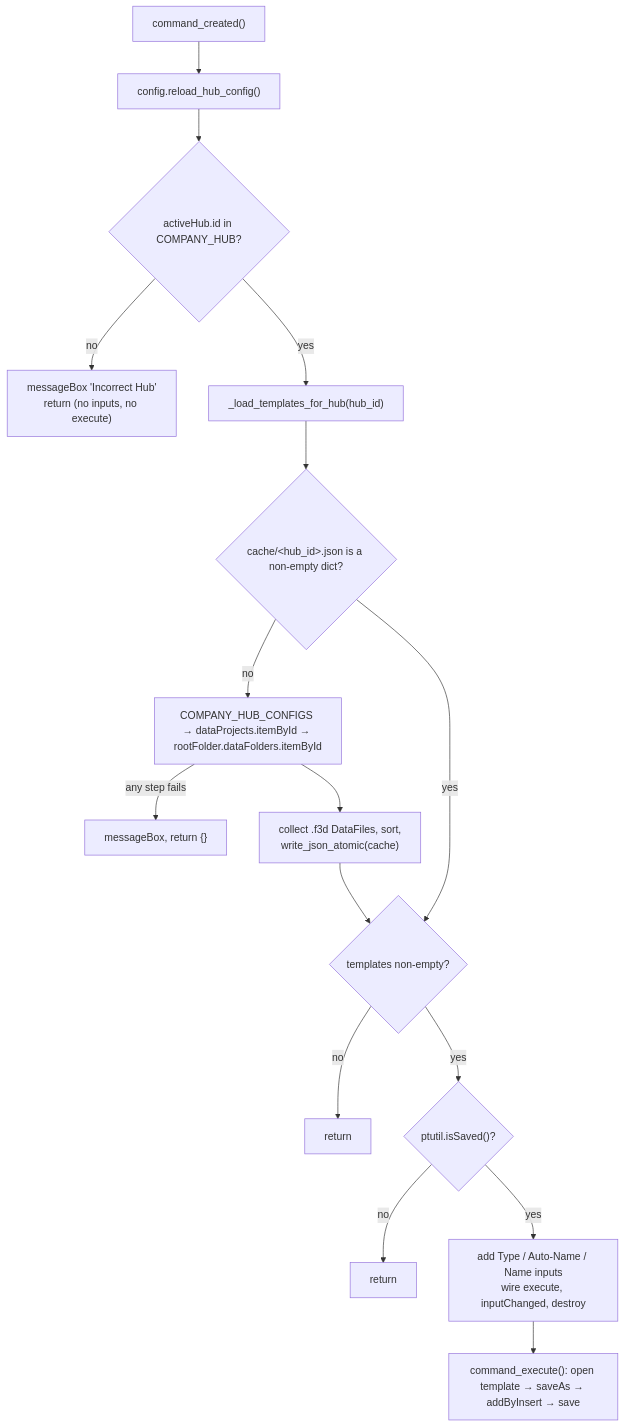
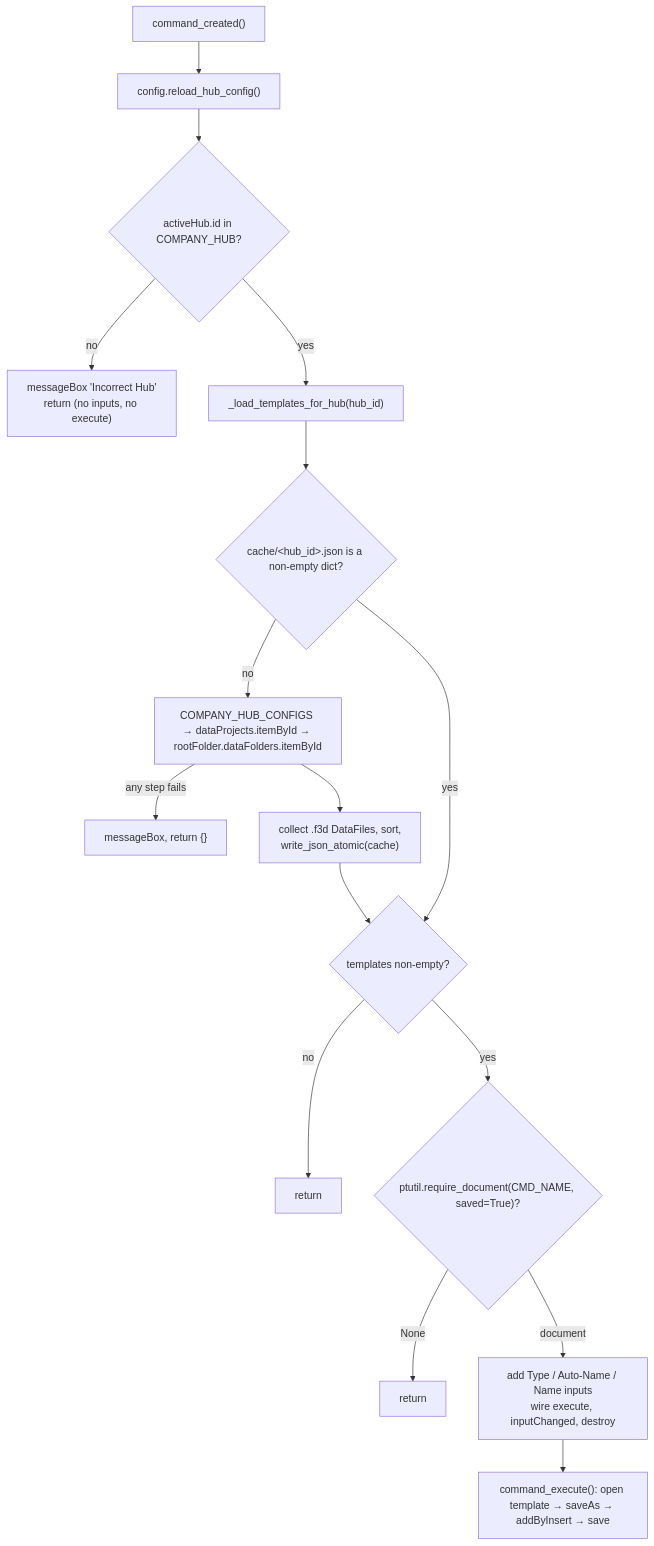
Before and after one commit to schneik80/PowerTools: the diagram in docs/arch/Related Data.md, drawn with Mermaid. The commit also changed other lines of this file and 79 other files, not shown here.

````diff
--- a/docs/arch/Related Data.md
+++ b/docs/arch/Related Data.md
@@ -56,18 +56,18 @@
 ```mermaid
 flowchart TD
     A["command_created()"] --> B["config.reload_hub_config()"]
     B --> C{"activeHub.id in COMPANY_HUB?"}
     C -- no --> X1["messageBox 'Incorrect Hub'<br/>return (no inputs, no execute)"]
     C -- yes --> D["_load_templates_for_hub(hub_id)"]
     D --> E{"cache/&lt;hub_id&gt;.json is a non-empty dict?"}
     E -- no --> F["COMPANY_HUB_CONFIGS → dataProjects.itemById → rootFolder.dataFolders.itemById"]
     F -- any step fails --> X2["messageBox, return {}"]
     F --> G["collect .f3d DataFiles, sort,<br/>write_json_atomic(cache)"]
     G --> H{"templates non-empty?"}
     E -- yes --> H
     H -- no --> X3["return"]
-    H -- yes --> I{"ptutil.isSaved()?"}
-    I -- no --> X4["return"]
-    I -- yes --> J["add Type / Auto-Name / Name inputs<br/>wire execute, inputChanged, destroy"]
+    H -- yes --> I{"ptutil.require_document(CMD_NAME, saved=True)?"}
+    I -- None --> X4["return"]
+    I -- document --> J["add Type / Auto-Name / Name inputs<br/>wire execute, inputChanged, destroy"]
     J --> K["command_execute(): open template → saveAs → addByInsert → save"]
 ```
````
